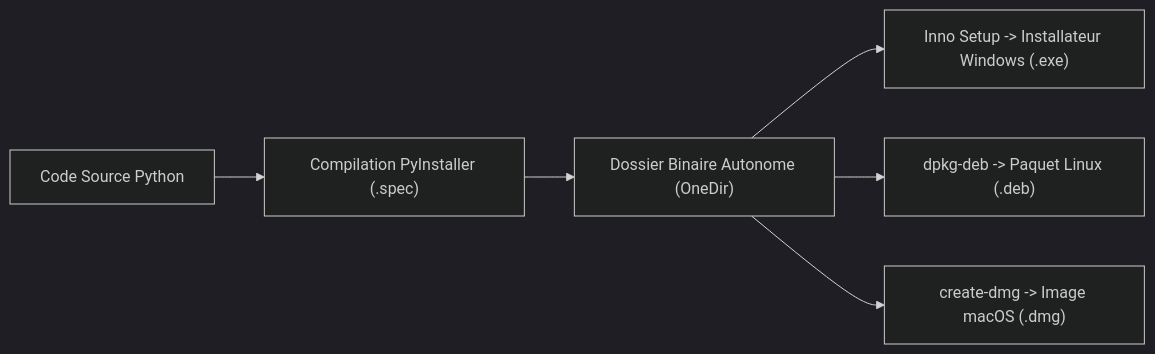
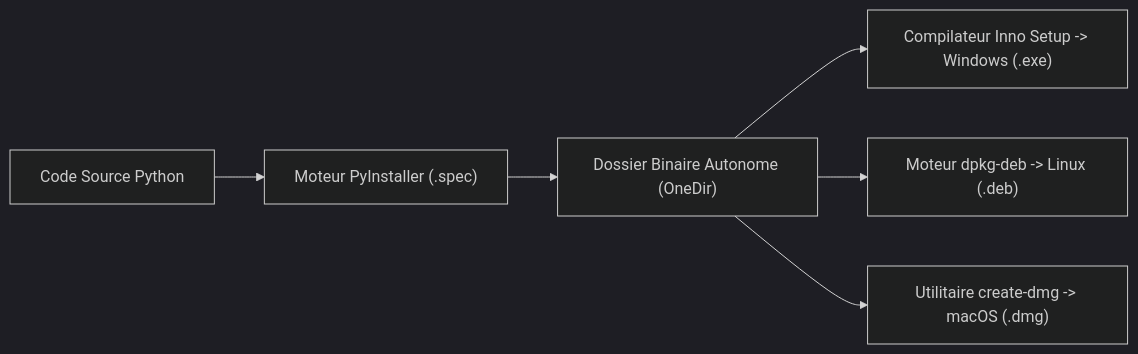
One commit to Arean82/Tailscale-Headscale-Client changed the third of 3 diagrams in Docs/README_fr.md. Above: the diagram before and after it, drawn with Mermaid (dark theme). The commit also changed other lines of this file and 3 other files, not shown here.

````diff
--- a/Docs/README_fr.md
+++ b/Docs/README_fr.md
@@ -167,8 +176,8 @@
 ```mermaid
 graph LR
-    SRC["Code Source Python"] --> PYI["Compilation PyInstaller (.spec)"]
+    SRC["Code Source Python"] --> PYI["Moteur PyInstaller (.spec)"]
     PYI --> DIR["Dossier Binaire Autonome (OneDir)"]
-    DIR --> WIN["Inno Setup -> Installateur Windows (.exe)"]
-    DIR --> DEB["dpkg-deb -> Paquet Linux (.deb)"]
-    DIR --> MAC["create-dmg -> Image macOS (.dmg)"]
+    DIR --> WIN["Compilateur Inno Setup -> Windows (.exe)"]
+    DIR --> DEB["Moteur dpkg-deb -> Linux (.deb)"]
+    DIR --> MAC["Utilitaire create-dmg -> macOS (.dmg)"]
 ```
````
